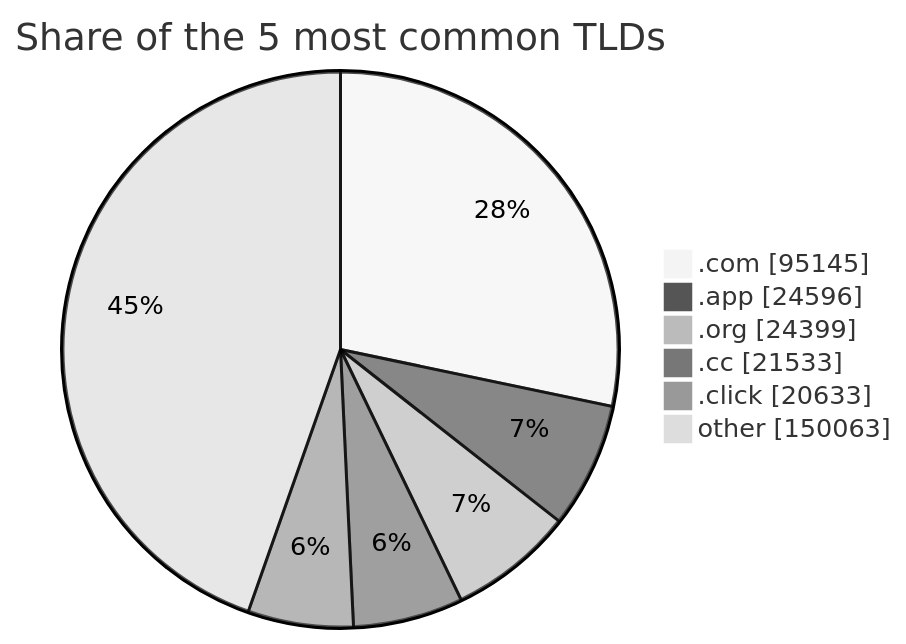
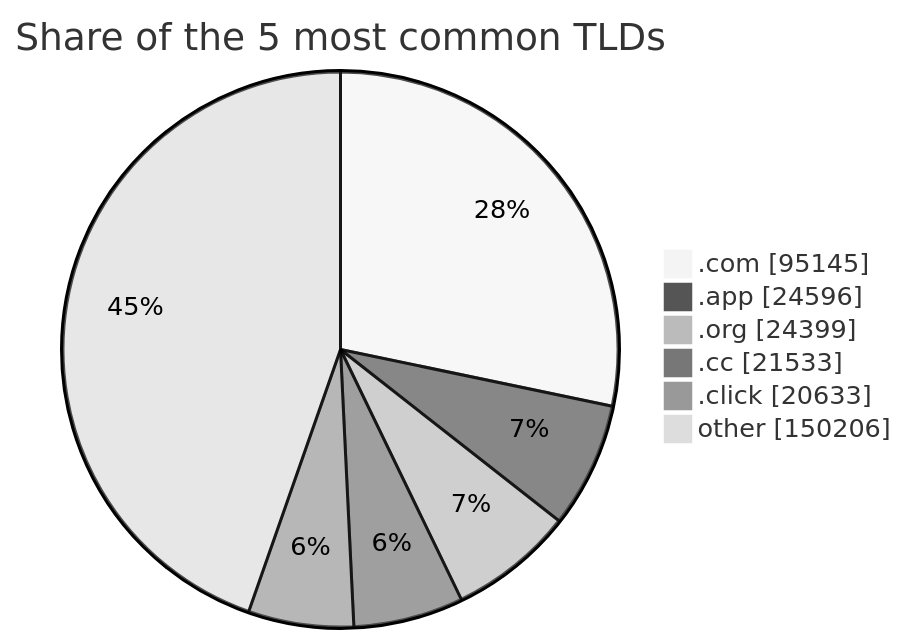
Before and after one commit to DNSBunker/CTI: the third of 3 diagrams in README.md, drawn with Mermaid (neutral theme). The commit also changed other lines of this file and 4 other files, not shown here.

````diff
--- a/README.md
+++ b/README.md
@@ -81,9 +81,9 @@
 ```mermaid
 pie showData title Share of the 5 most common TLDs
     ".com" : 95145
     ".app" : 24596
     ".org" : 24399
     ".cc" : 21533
     ".click" : 20633
-    "other" : 150063
+    "other" : 150206
 ```
````
